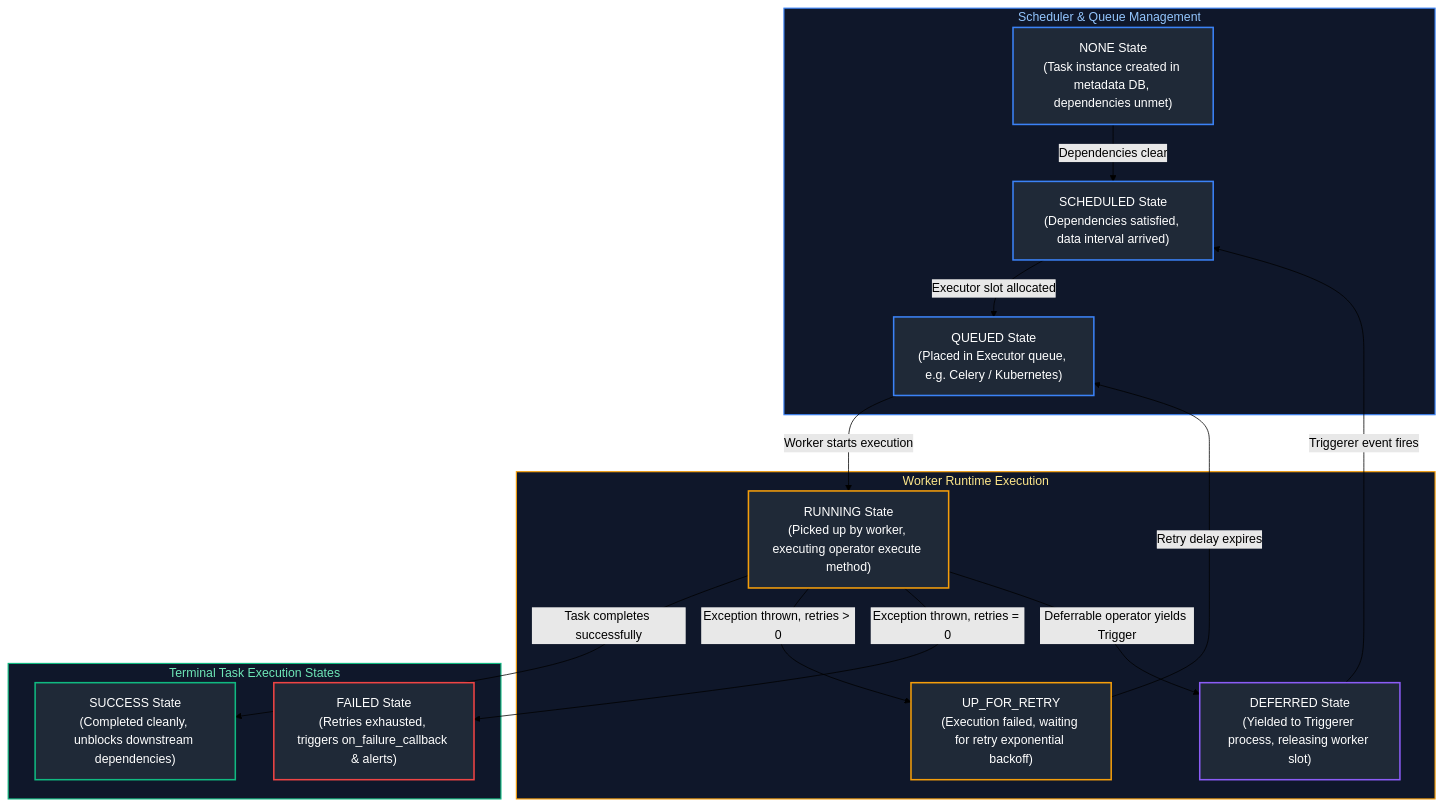
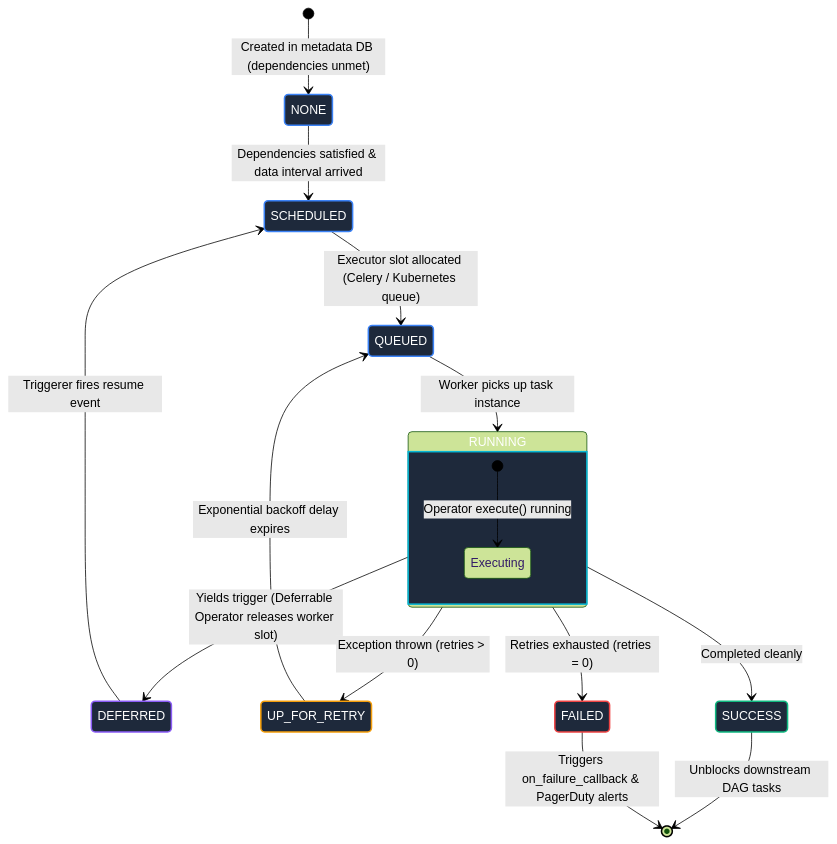
The eighth of 13 diagrams in Data Engineering/12_orchestration_airflow_and_dbt.md (joydeep-biswas/Interview-Preparation), drawn with Mermaid (forest theme) before and after one commit. The commit also changed other lines of this file and 76 other files, not shown here.

Commit message:
Updated Charts

````diff
--- a/Data Engineering/12_orchestration_airflow_and_dbt.md
+++ b/Data Engineering/12_orchestration_airflow_and_dbt.md
@@ -676,42 +678,38 @@
 ```mermaid
-flowchart TD
-    subgraph SchedulerQueue ["Scheduler & Queue Management"]
-        NoneState["NONE State<br/>(Task instance created in metadata DB, dependencies unmet)"]
-        ScheduledState["SCHEDULED State<br/>(Dependencies satisfied, data interval arrived)"]
-        QueuedState["QUEUED State<br/>(Placed in Executor queue, e.g. Celery / Kubernetes)"]
-    end
+stateDiagram-v2
+    classDef scheduled fill:#1e293b,stroke:#3b82f6,stroke-width:2px,color:#ffffff
+    classDef running fill:#1e293b,stroke:#06b6d4,stroke-width:2px,color:#ffffff
+    classDef deferred fill:#1e293b,stroke:#8b5cf6,stroke-width:2px,color:#ffffff
+    classDef retry fill:#1e293b,stroke:#f59e0b,stroke-width:2px,color:#ffffff
+    classDef success fill:#1e293b,stroke:#10b981,stroke-width:2px,color:#ffffff
+    classDef failed fill:#1e293b,stroke:#ef4444,stroke-width:2px,color:#ffffff
 
-    subgraph WorkerExecution ["Worker Runtime Execution"]
-        RunningState["RUNNING State<br/>(Picked up by worker, executing operator execute method)"]
-        DeferredState["DEFERRED State<br/>(Yielded to Triggerer process, releasing worker slot)"]
-        RetryState["UP_FOR_RETRY<br/>(Execution failed, waiting for retry exponential backoff)"]
-    end
+    [*] --> NONE: Created in metadata DB (dependencies unmet)
+    
+    NONE --> SCHEDULED: Dependencies satisfied & data interval arrived
+    SCHEDULED --> QUEUED: Executor slot allocated (Celery / Kubernetes queue)
+    QUEUED --> RUNNING: Worker picks up task instance
+    
+    state RUNNING {
+        [*] --> Executing: Operator execute() running
+    }
 
-    subgraph TerminalOutcomes ["Terminal Task Execution States"]
-        SuccessState["SUCCESS State<br/>(Completed cleanly, unblocks downstream dependencies)"]
-        FailedState["FAILED State<br/>(Retries exhausted, triggers on_failure_callback & alerts)"]
-    end
+    RUNNING --> DEFERRED: Yields trigger (Deferrable Operator releases worker slot)
+    DEFERRED --> SCHEDULED: Triggerer fires resume event
 
-    NoneState -->|"Dependencies clear"| ScheduledState
-    ScheduledState -->|"Executor slot allocated"| QueuedState
-    QueuedState -->|"Worker starts execution"| RunningState
-    RunningState -->|"Task completes successfully"| SuccessState
-    RunningState -->|"Exception thrown, retries > 0"| RetryState
-    RetryState -->|"Retry delay expires"| QueuedState
-    RunningState -->|"Exception thrown, retries = 0"| FailedState
-    RunningState -->|"Deferrable operator yields Trigger"| DeferredState
-    DeferredState -->|"Triggerer event fires"| ScheduledState
+    RUNNING --> UP_FOR_RETRY: Exception thrown (retries > 0)
+    UP_FOR_RETRY --> QUEUED: Exponential backoff delay expires
 
-    style SchedulerQueue fill:#0f172a,stroke:#3b82f6,stroke-width:1.5px,color:#93c5fd
-    style WorkerExecution fill:#0f172a,stroke:#f59e0b,stroke-width:1.5px,color:#fde68a
-    style TerminalOutcomes fill:#0f172a,stroke:#10b981,stroke-width:1.5px,color:#6ee7b7
+    RUNNING --> SUCCESS: Completed cleanly
+    RUNNING --> FAILED: Retries exhausted (retries = 0)
 
-    style NoneState fill:#1f2937,stroke:#3b82f6,stroke-width:2px,color:#fff
-    style ScheduledState fill:#1f2937,stroke:#3b82f6,stroke-width:2px,color:#fff
-    style QueuedState fill:#1f2937,stroke:#3b82f6,stroke-width:2px,color:#fff
-    style RunningState fill:#1f2937,stroke:#f59e0b,stroke-width:2px,color:#fff
-    style DeferredState fill:#1f2937,stroke:#8b5cf6,stroke-width:2px,color:#fff
-    style RetryState fill:#1f2937,stroke:#f59e0b,stroke-width:2px,color:#fff
-    style SuccessState fill:#1f2937,stroke:#10b981,stroke-width:2px,color:#fff
-    style FailedState fill:#1f2937,stroke:#ef4444,stroke-width:2px,color:#fff
+    SUCCESS --> [*]: Unblocks downstream DAG tasks
+    FAILED --> [*]: Triggers on_failure_callback & PagerDuty alerts
+
+    class NONE,SCHEDULED,QUEUED scheduled
+    class RUNNING running
+    class DEFERRED deferred
+    class UP_FOR_RETRY retry
+    class SUCCESS success
+    class FAILED failed
 ```
````
